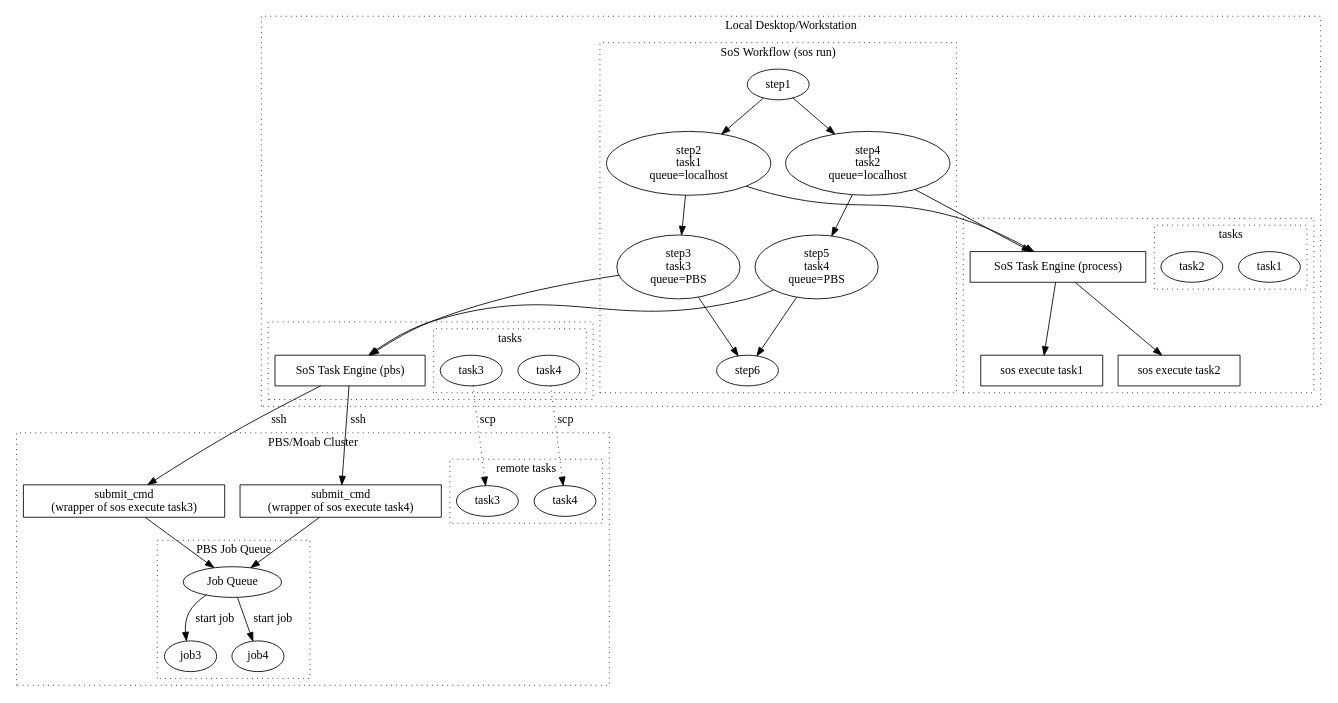
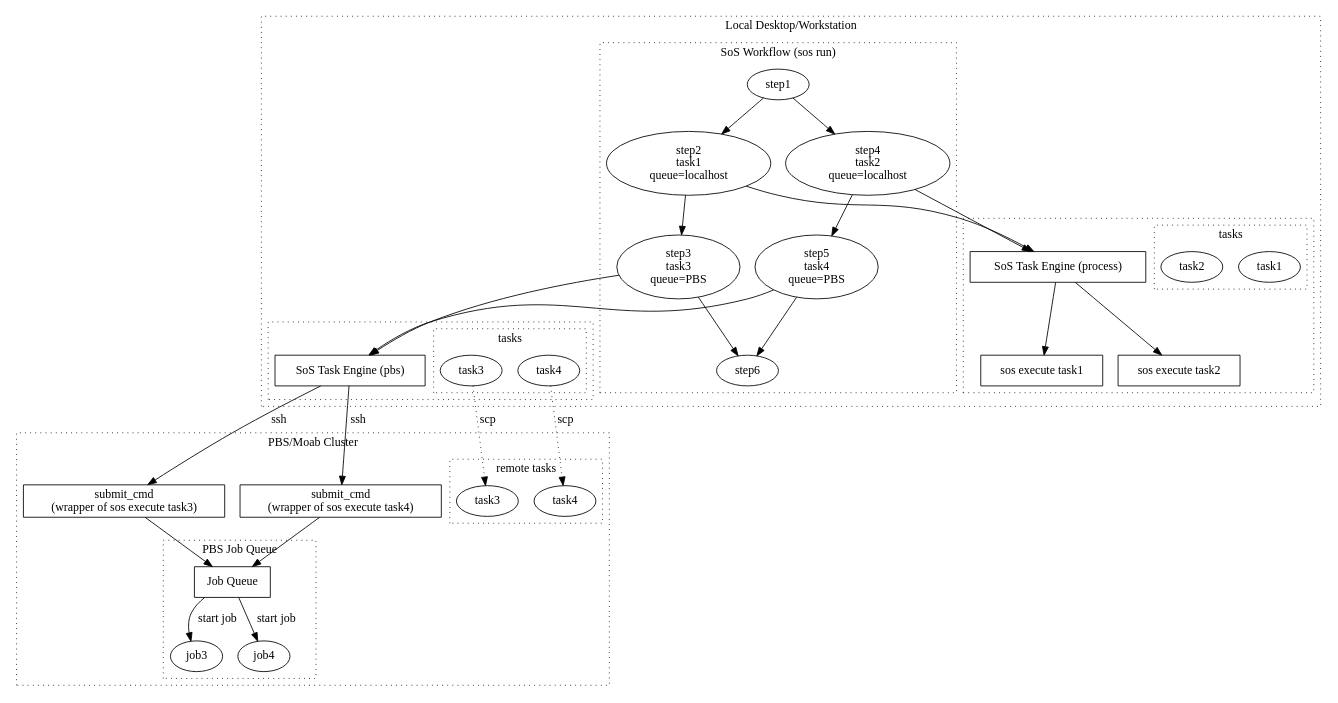
Before and after one commit to vatlab/sos: the diagram in development/doc/job_queue.dot, drawn with Graphviz. The commit also changed 1 other file, not shown here.

Commit message:
Add illustration for job queue

```diff
--- a/development/doc/job_queue.dot
+++ b/development/doc/job_queue.dot
@@ -1,80 +1,80 @@
 digraph job_queue {
 	/* source nodes */
     subgraph cluster_0 {
         style=dotted;
         label="Local Desktop/Workstation";
 
         subgraph cluster_1 {
             label="SoS Workflow (sos run)";
             style=dotted;
             style=dotted;
             step2 [label="step2\ntask1\nqueue=localhost"];
             step4 [label="step4\ntask2\nqueue=localhost"];
             step3 [label="step3\ntask3\nqueue=PBS"];
             step5 [label="step5\ntask4\nqueue=PBS"];
             step1 -> step2  -> step3 -> step6;
             step1 -> step4 -> step5 -> step6;
         }
         step2 -> task_engine1;
         step3 -> task_engine2;
         step4 -> task_engine1;
         step5 -> task_engine2;
 
         subgraph cluster_2 {
             label="";
             task_engine1 [label="SoS Task Engine (process)",shape=box];
 
             task_engine1 -> start1;
             task_engine1 -> start2;
             start1 [label="sos execute task1", shape=box];
             start2 [label="sos execute task2", shape=box];
 
             subgraph cluster_3 {
                 label="tasks";
                 task1;
                 task2;
             }
 
         }
         subgraph cluster_4 {
             label="";
             task_engine2 [label="SoS Task Engine (pbs)",shape=box];
 
             subgraph cluster_5 {
                 label="tasks";
                 task3;
                 task4;
             }
         }
 
     }
     subgraph cluster_6 {
         label="PBS/Moab Cluster";
         style=dotted;
 
             subgraph cluster_7 {
                 label="remote tasks";
                 remote_task3 [label="task3"];
                 remote_task4 [label="task4"];
             }
         remote_start3 [label="submit_cmd\n(wrapper of sos execute task3)", shape=box];
         remote_start4 [label="submit_cmd\n(wrapper of sos execute task4)", shape=box];
 
         job_queue -> remote_job3 [label="start job"];
         job_queue -> remote_job4 [label="start job"];
         
         remote_start3 -> job_queue;
         remote_start4 -> job_queue;
         subgraph cluster_8 {
             style=dotted;
             label="PBS Job Queue";
-            job_queue [label="Job Queue"];
+            job_queue [label="Job Queue", shape=box];
             remote_job3 [label="job3"];
             remote_job4 [label="job4"];
         }
     }
     task3 -> remote_task3 [label="scp", style=dotted];
     task4 -> remote_task4 [label="scp", style=dotted];
     task_engine2 -> remote_start3 [label="ssh"];
     task_engine2 -> remote_start4 [label="ssh"];
 }
```
